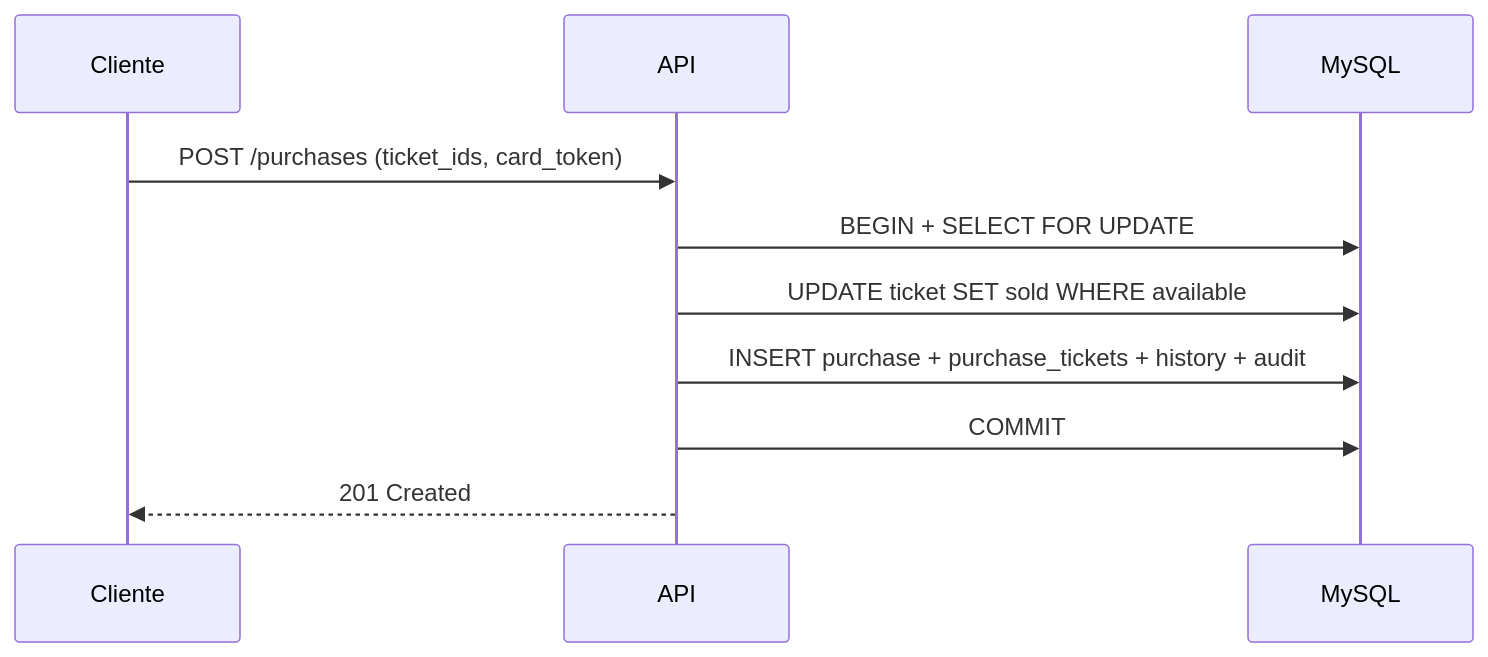
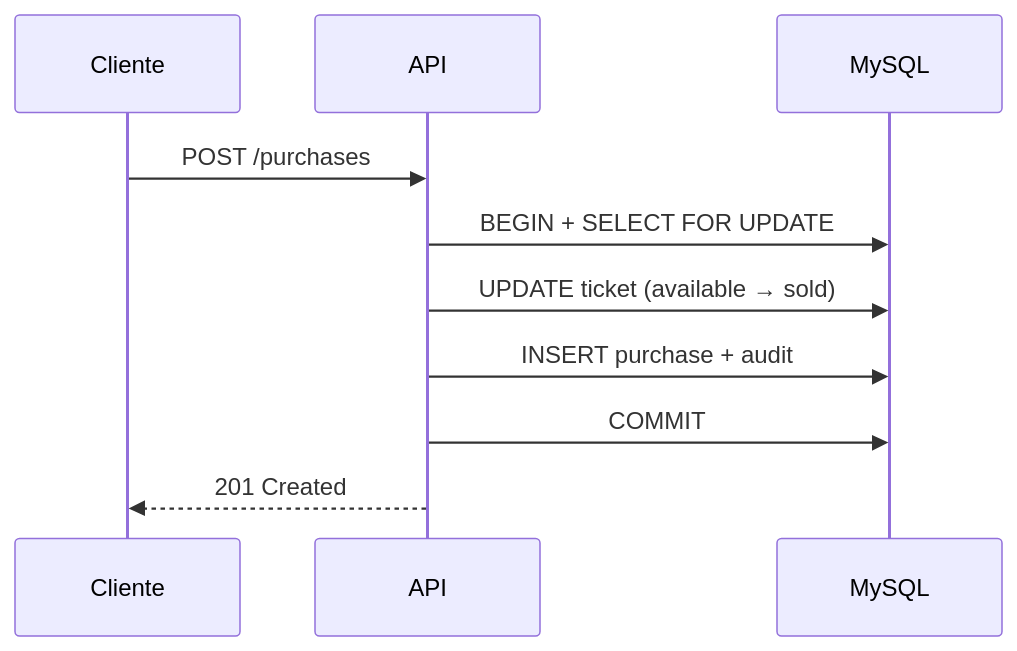
One commit to vivianeaguiarc/ticket-sales changed the diagram in README.md. Above: the diagram before and after it, drawn with Mermaid. The commit also changed other lines of this file and 4 other files, not shown here.

````diff
--- a/README.md
+++ b/README.md
@@ -395,13 +264,13 @@
 ```mermaid
 sequenceDiagram
-    participant Cliente
-    participant API
-    participant MySQL
+    participant C as Cliente
+    participant A as API
+    participant D as MySQL
 
-    Cliente->>API: POST /purchases (ticket_ids, card_token)
-    API->>MySQL: BEGIN + SELECT FOR UPDATE
-    API->>MySQL: UPDATE ticket SET sold WHERE available
-    API->>MySQL: INSERT purchase + purchase_tickets + history + audit
-    API->>MySQL: COMMIT
-    API-->>Cliente: 201 Created
+    C->>A: POST /purchases
+    A->>D: BEGIN + SELECT FOR UPDATE
+    A->>D: UPDATE ticket (available → sold)
+    A->>D: INSERT purchase + audit
+    A->>D: COMMIT
+    A-->>C: 201 Created
 ```
````
